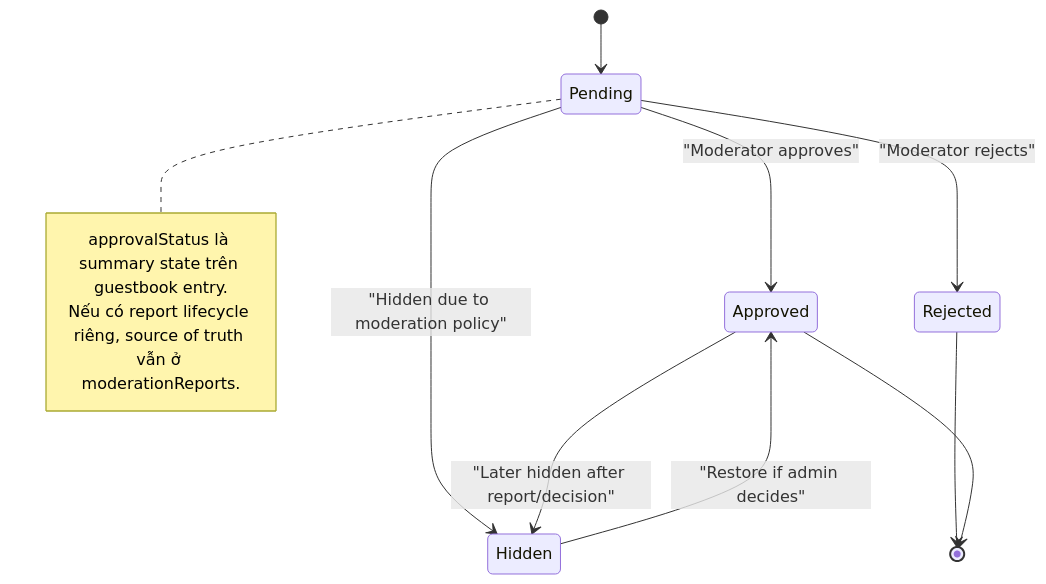
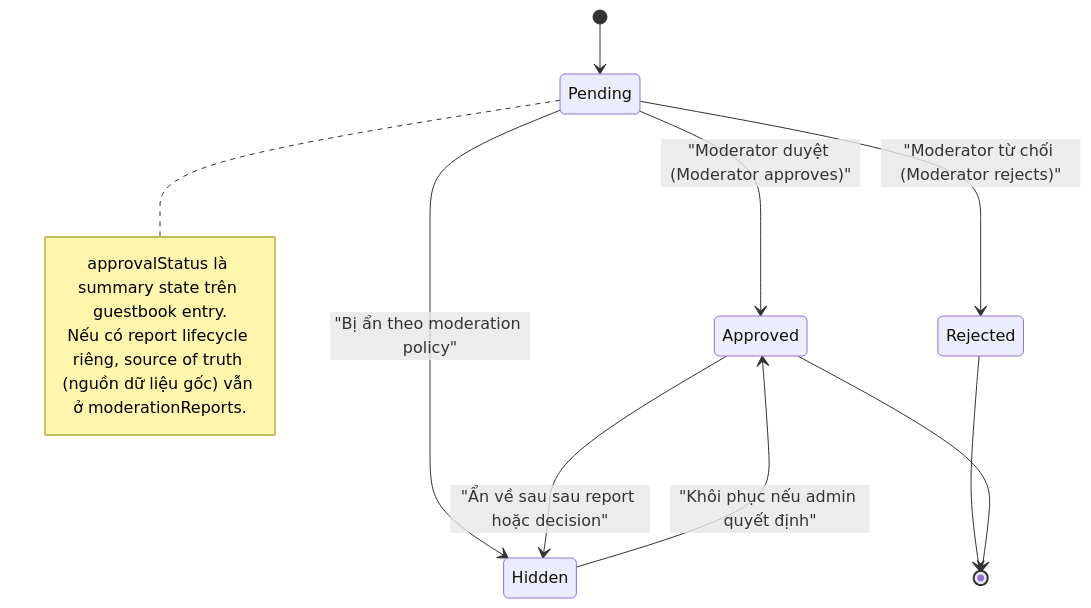
Before and after one commit to QuyenVjp/PMTL_VN: the diagram in design/04-moderation/guestbook-approval-state.mmd, drawn with Mermaid. The commit also changed 52 other files, not shown here.

```diff
--- a/design/04-moderation/guestbook-approval-state.mmd
+++ b/design/04-moderation/guestbook-approval-state.mmd
@@ -1,14 +1,14 @@
 stateDiagram-v2
     [*] --> Pending
-    Pending --> Approved: "Moderator approves"
-    Pending --> Rejected: "Moderator rejects"
-    Pending --> Hidden: "Hidden due to moderation policy"
-    Approved --> Hidden: "Later hidden after report/decision"
-    Hidden --> Approved: "Restore if admin decides"
+    Pending --> Approved: "Moderator duyệt (Moderator approves)"
+    Pending --> Rejected: "Moderator từ chối (Moderator rejects)"
+    Pending --> Hidden: "Bị ẩn theo moderation policy"
+    Approved --> Hidden: "Ẩn về sau sau report hoặc decision"
+    Hidden --> Approved: "Khôi phục nếu admin quyết định"
     Rejected --> [*]
     Approved --> [*]
 
     note right of Pending
       approvalStatus là summary state trên guestbook entry.
-      Nếu có report lifecycle riêng, source of truth vẫn ở moderationReports.
+      Nếu có report lifecycle riêng, source of truth (nguồn dữ liệu gốc) vẫn ở moderationReports.
     end note
```
